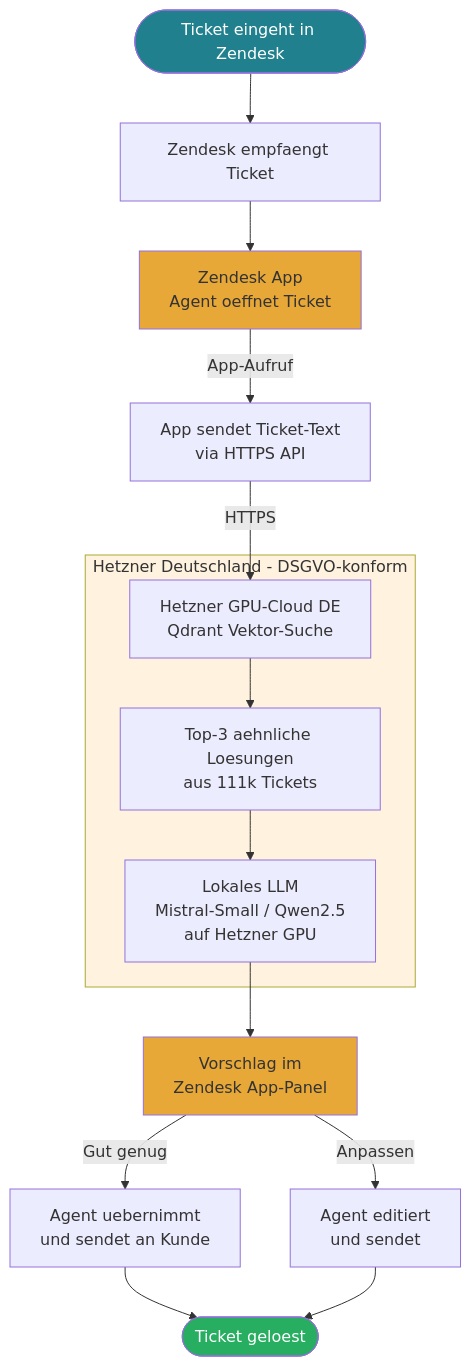
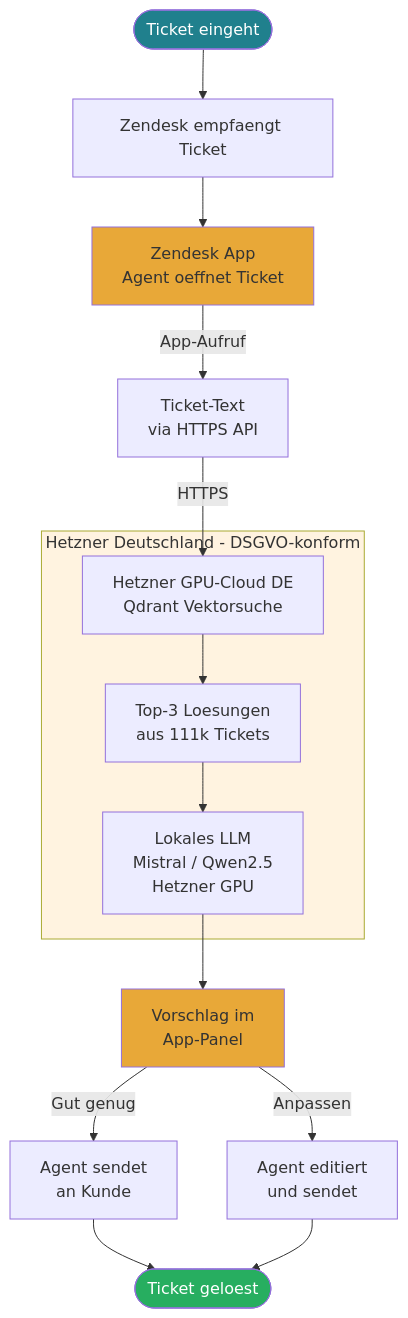
Before and after one commit to tekknix/zendesk-ai: the seventh of 11 diagrams in readme.md, drawn with Mermaid. The commit also changed other lines of this file, not shown here.

````diff
--- a/readme.md
+++ b/readme.md
@@ -141,26 +157,26 @@
 ```mermaid
 flowchart TD
-    A([Ticket eingeht in Zendesk]) --> B[Zendesk empfaengt Ticket]
+    A([Ticket eingeht]) --> B[Zendesk empfaengt Ticket]
     B --> C[Zendesk App<br>Agent oeffnet Ticket]
-    C -->|App-Aufruf| D[App sendet Ticket-Text<br>via HTTPS API]
-    D -->|HTTPS| E[Hetzner GPU-Cloud DE<br>Qdrant Vektor-Suche]
-    E --> F[Top-3 aehnliche Loesungen<br>aus 111k Tickets]
-    F --> G[Lokales LLM<br>Mistral-Small / Qwen2.5<br>auf Hetzner GPU]
-    G --> H[Vorschlag im<br>Zendesk App-Panel]
-    H -->|Gut genug| I[Agent uebernimmt<br>und sendet an Kunde]
+    C -->|App-Aufruf| D[Ticket-Text<br>via HTTPS API]
+    D -->|HTTPS| E[Hetzner GPU-Cloud DE<br>Qdrant Vektorsuche]
+    E --> F[Top-3 Loesungen<br>aus 111k Tickets]
+    F --> G[Lokales LLM<br>Mistral / Qwen2.5<br>Hetzner GPU]
+    G --> H[Vorschlag im<br>App-Panel]
+    H -->|Gut genug| I[Agent sendet<br>an Kunde]
     H -->|Anpassen| K[Agent editiert<br>und sendet]
     I --> L([Ticket geloest])
     K --> L
 
     subgraph HETZNER [Hetzner Deutschland - DSGVO-konform]
         E
         F
         G
     end
 
     style A fill:#20808D,color:#fff
     style C fill:#E8A838,color:#333
     style H fill:#E8A838,color:#333
     style L fill:#27AE60,color:#fff
     style HETZNER fill:#fff3e0,color:#333
 ```
````
